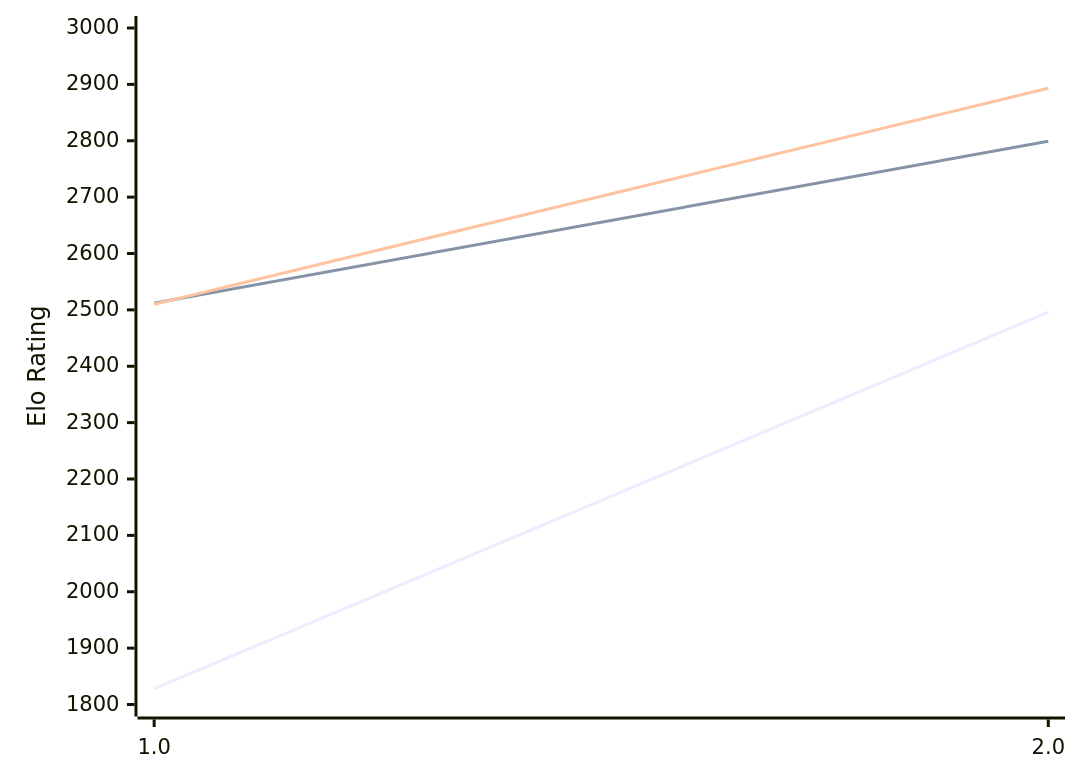
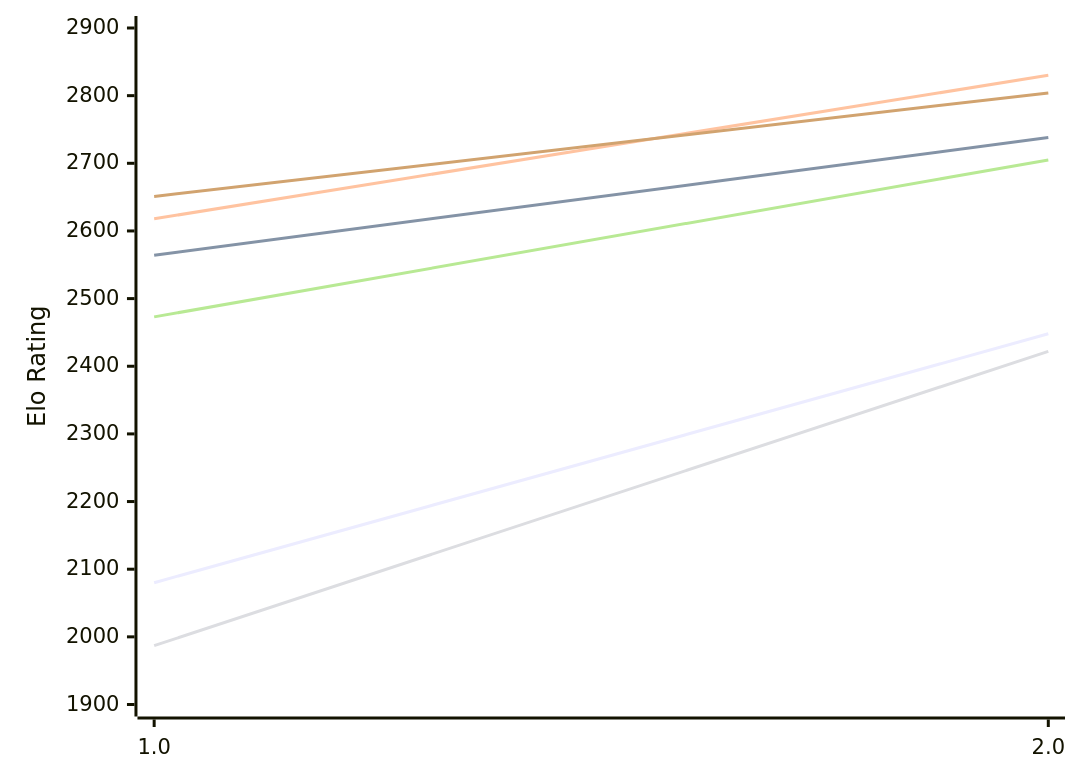
Before and after one commit to computer-chess-index/cci: the first of 2 diagrams in engines/Revolver.md, drawn with Mermaid. The commit also changed other lines of this file, not shown here.

Commit message:
Update CCI Ratings (ELO VLTC) - 2026-11-13

````diff
--- a/engines/Revolver.md
+++ b/engines/Revolver.md
@@ -50,12 +50,12 @@
 ```mermaid
 %%{init: {"theme":"base","themeVariables":{"seriesColors:['#a3a3a3','#222221','#faa371']}}}%%
 xychart-beta
   x-axis ["1.0", "2.0"]
-  y-axis "Elo Rating" 1800 --> 3000
-  line "E1: STC (8.0+0.08s)" [1828, 2496]
-  line "E1: LTC (60.0+0.60s)" [2512, 2799]
-  line "E1: VLTC (2m24s+1.12s)" [2510, 2893]
-  line "P1: STC (8.0+0.08s)" [2569]
-  line "P1: LTC (60.0+0.60s)" [2869]
-  line "P1: VLTC (2m24s+1.12s)" [2979]
+  y-axis "Elo Rating" 1900 --> 2900
+  line "E1: STC (8.0+0.08s)" [2080, 2448]
+  line "E1: LTC (60.0+0.60s)" [2564, 2738]
+  line "E1: VLTC (2m24s+1.12s)" [2618, 2830]
+  line "P1: STC (8.0+0.08s)" [1987, 2422]
+  line "P1: LTC (60.0+0.60s)" [2473, 2705]
+  line "P1: VLTC (2m24s+1.12s)" [2651, 2804]
 ```
````
